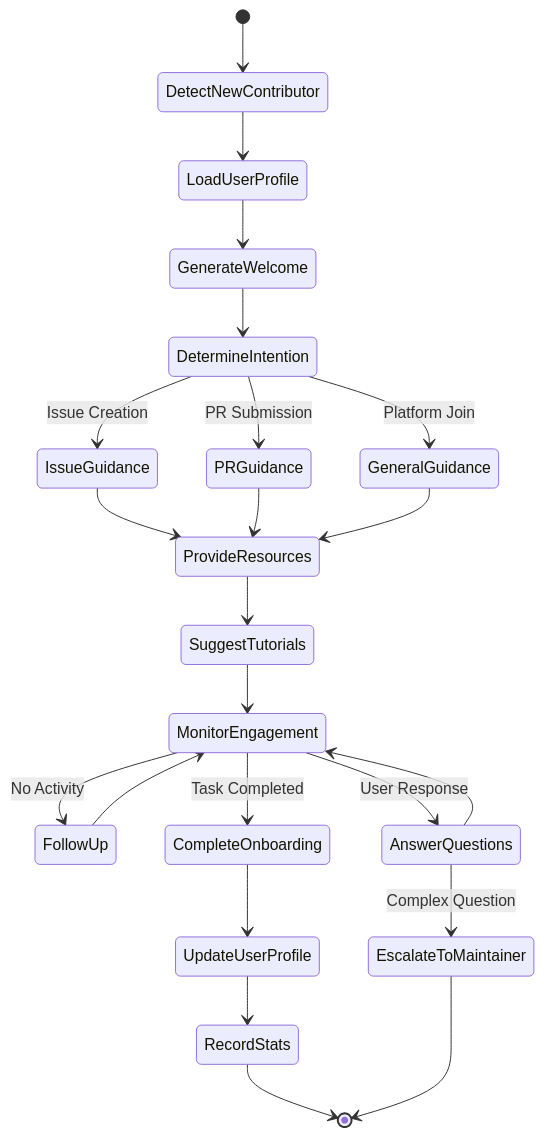
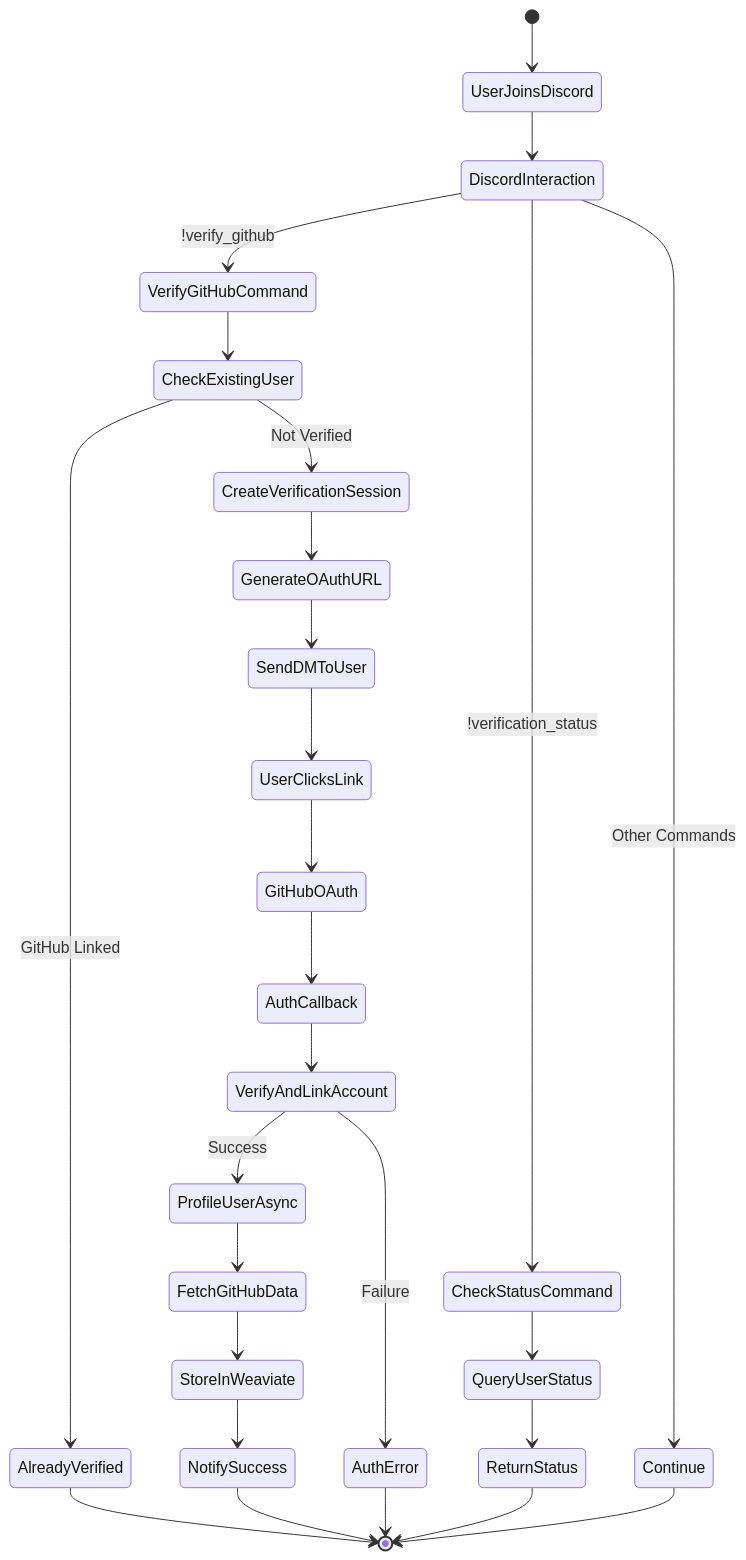
The sixth of 13 diagrams in README.md (smokeyScraper/Devr.AI), drawn with Mermaid before and after one commit. The commit also changed other lines of this file, not shown here.

````diff
--- a/README.md
+++ b/README.md
@@ -725,33 +857,37 @@
 ```mermaid
 stateDiagram-v2
-    [*] --> DetectNewContributor
-
-    DetectNewContributor --> LoadUserProfile
-    LoadUserProfile --> GenerateWelcome
-    GenerateWelcome --> DetermineIntention
-
-    DetermineIntention --> IssueGuidance: Issue Creation
-    DetermineIntention --> PRGuidance: PR Submission
-    DetermineIntention --> GeneralGuidance: Platform Join
-
-    IssueGuidance --> ProvideResources
-    PRGuidance --> ProvideResources
-    GeneralGuidance --> ProvideResources
-
-    ProvideResources --> SuggestTutorials
-    SuggestTutorials --> MonitorEngagement
-
-    MonitorEngagement --> FollowUp: No Activity
-    MonitorEngagement --> AnswerQuestions: User Response
-    MonitorEngagement --> CompleteOnboarding: Task Completed
-
-    FollowUp --> MonitorEngagement
-    AnswerQuestions --> MonitorEngagement
-
-    CompleteOnboarding --> UpdateUserProfile
-    UpdateUserProfile --> RecordStats
-    RecordStats --> [*]
-
-    AnswerQuestions --> EscalateToMaintainer: Complex Question
-    EscalateToMaintainer --> [*]
+    [*] --> UserJoinsDiscord
+    
+    UserJoinsDiscord --> DiscordInteraction
+    DiscordInteraction --> VerifyGitHubCommand: !verify_github
+    DiscordInteraction --> CheckStatusCommand: !verification_status
+    DiscordInteraction --> Continue: Other Commands
+    
+    VerifyGitHubCommand --> CheckExistingUser
+    CheckExistingUser --> AlreadyVerified: GitHub Linked
+    CheckExistingUser --> CreateVerificationSession: Not Verified
+    
+    CreateVerificationSession --> GenerateOAuthURL
+    GenerateOAuthURL --> SendDMToUser
+    SendDMToUser --> UserClicksLink
+    
+    UserClicksLink --> GitHubOAuth
+    GitHubOAuth --> AuthCallback
+    AuthCallback --> VerifyAndLinkAccount
+    
+    VerifyAndLinkAccount --> ProfileUserAsync: Success
+    VerifyAndLinkAccount --> AuthError: Failure
+    
+    ProfileUserAsync --> FetchGitHubData
+    FetchGitHubData --> StoreInWeaviate
+    StoreInWeaviate --> NotifySuccess
+    
+    CheckStatusCommand --> QueryUserStatus
+    QueryUserStatus --> ReturnStatus
+    
+    AlreadyVerified --> [*]
+    NotifySuccess --> [*]
+    AuthError --> [*]
+    ReturnStatus --> [*]
+    Continue --> [*]
 ```
````
